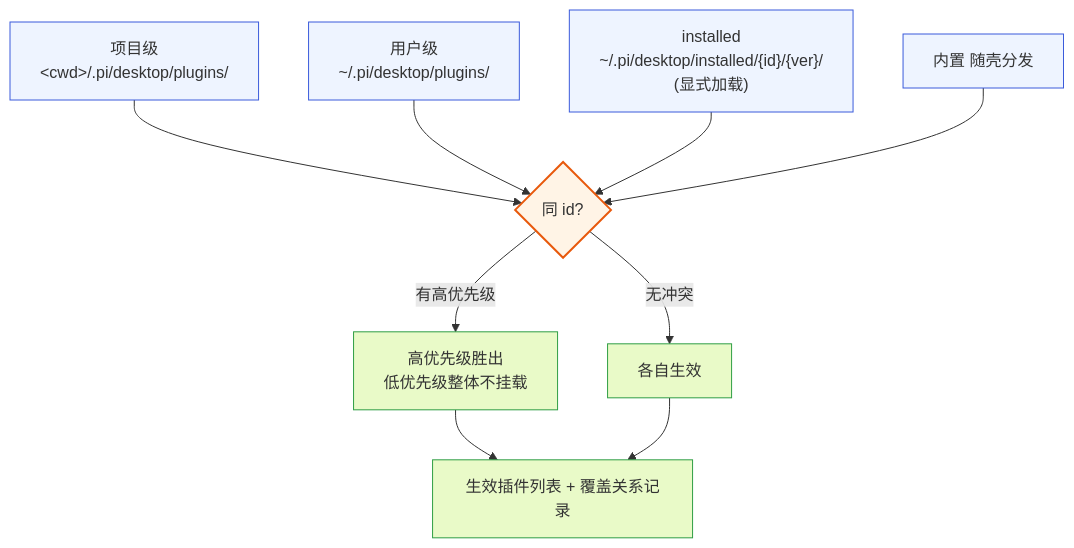
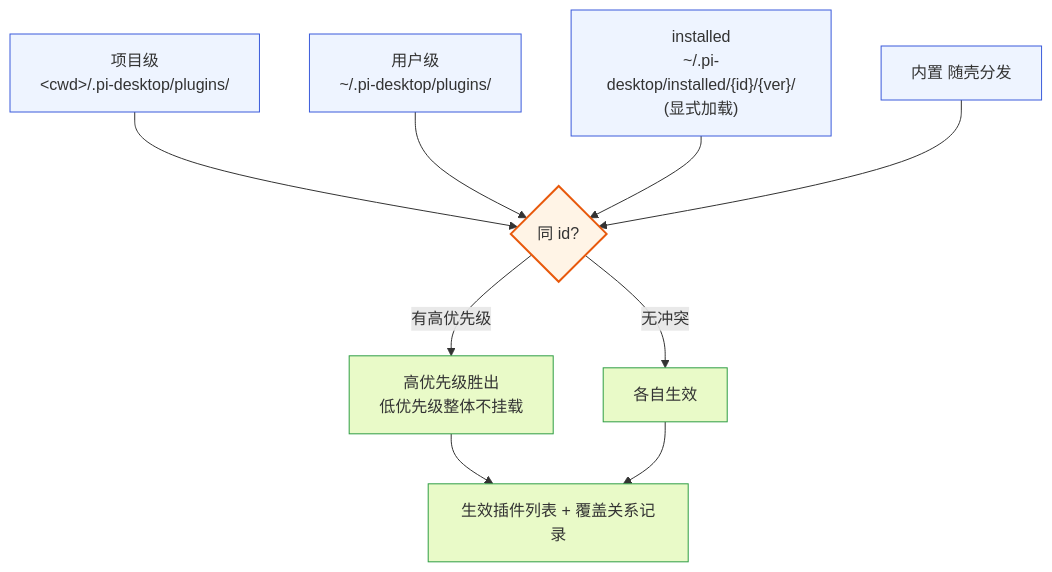
Diagram 11 of 18 in docs/guides/20-guide-extension.md (GOODDAYDAY/my-harness-desktop), drawn with Mermaid before and after one commit. The commit also changed other lines of this file and 21 other files, not shown here.

````diff
--- a/docs/guides/20-guide-extension.md
+++ b/docs/guides/20-guide-extension.md
@@ -1656,17 +1656,17 @@
 ```mermaid
 flowchart TD
-    D1["项目级<br/>&lt;cwd&gt;/.pi/desktop/plugins/"] --> M{"同 id?"}
-    D2["用户级<br/>~/.pi/desktop/plugins/"] --> M
-    D3["installed<br/>~/.pi/desktop/installed/{id}/{ver}/<br/>(显式加载)"] --> M
+    D1["项目级<br/>&lt;cwd&gt;/.pi-desktop/plugins/"] --> M{"同 id?"}
+    D2["用户级<br/>~/.pi-desktop/plugins/"] --> M
+    D3["installed<br/>~/.pi-desktop/installed/{id}/{ver}/<br/>(显式加载)"] --> M
     D4["内置 随壳分发"] --> M
     M -->|"有高优先级"| WIN["高优先级胜出<br/>低优先级整体不挂载"]
     M -->|"无冲突"| ALL["各自生效"]
     WIN --> RES["生效插件列表 + 覆盖关系记录"]
     ALL --> RES
     classDef dir fill:#eef4ff,stroke:#3b5bdb;
     classDef dec fill:#fff4e6,stroke:#e8590c,stroke-width:2px;
     classDef res fill:#e9fac8,stroke:#2f9e44;
     class D1,D2,D3,D4 dir;
     class M dec;
     class WIN,ALL,RES res;
 ```
````
